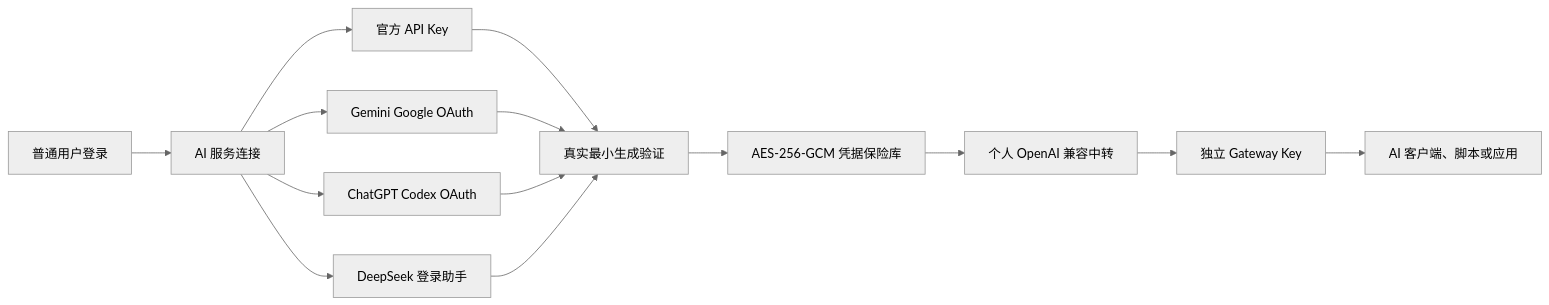
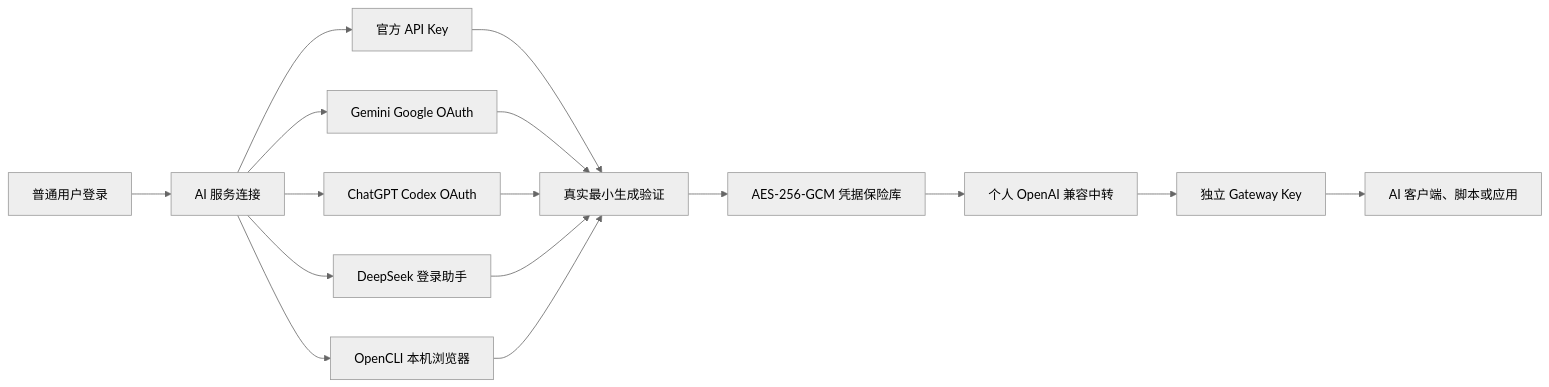
The diagram in README.md (yaojingang/TokHub), drawn with Mermaid (neutral theme) before and after one commit. The commit also changed other lines of this file and 41 other files, not shown here.

Commit message:
feat: add OpenCLI personal browser relays

````diff
--- a/README.md
+++ b/README.md
@@ -44,16 +44,18 @@
 ```mermaid
 flowchart LR
     A["普通用户登录"] --> B["AI 服务连接"]
     B --> C1["官方 API Key"]
     B --> C2["Gemini Google OAuth"]
     B --> C3["ChatGPT Codex OAuth"]
     B --> C4["DeepSeek 登录助手"]
+    B --> C5["OpenCLI 本机浏览器"]
     C1 --> D["真实最小生成验证"]
     C2 --> D
     C3 --> D
     C4 --> D
+    C5 --> D
     D --> E["AES-256-GCM 凭据保险库"]
     E --> F["个人 OpenAI 兼容中转"]
     F --> G["独立 Gateway Key"]
     G --> H["AI 客户端、脚本或应用"]
 ```
````
